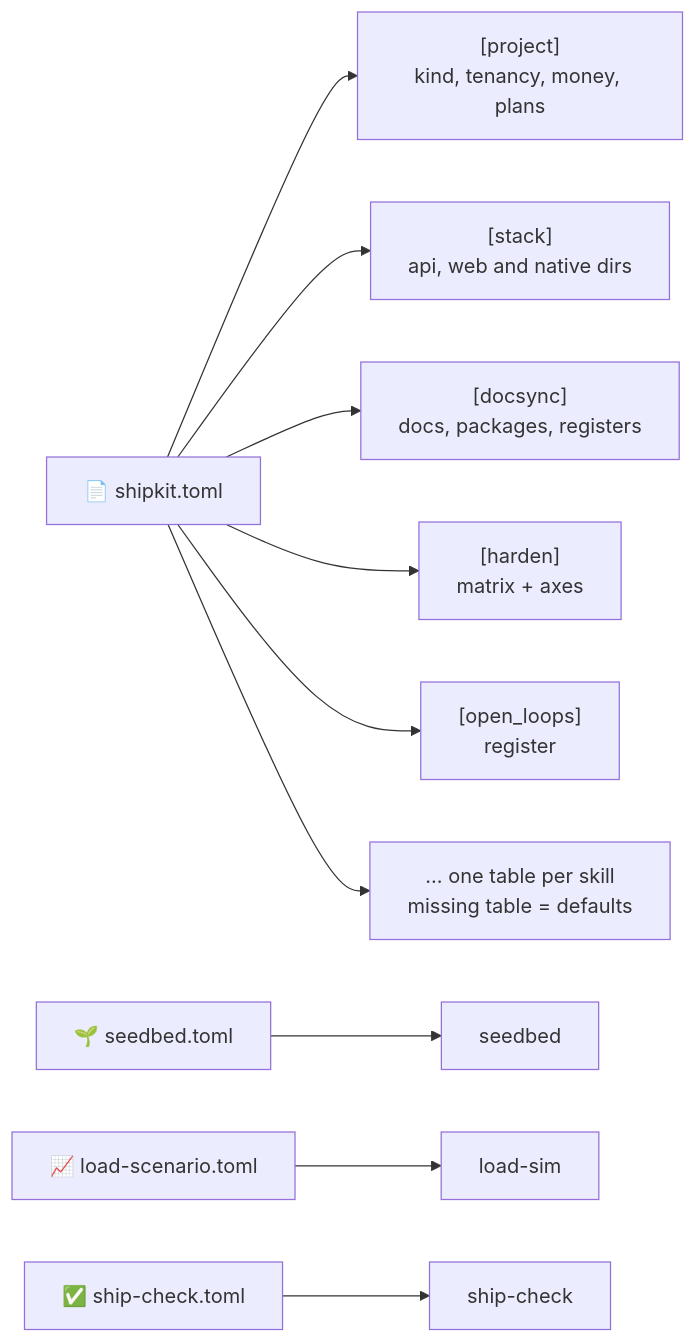
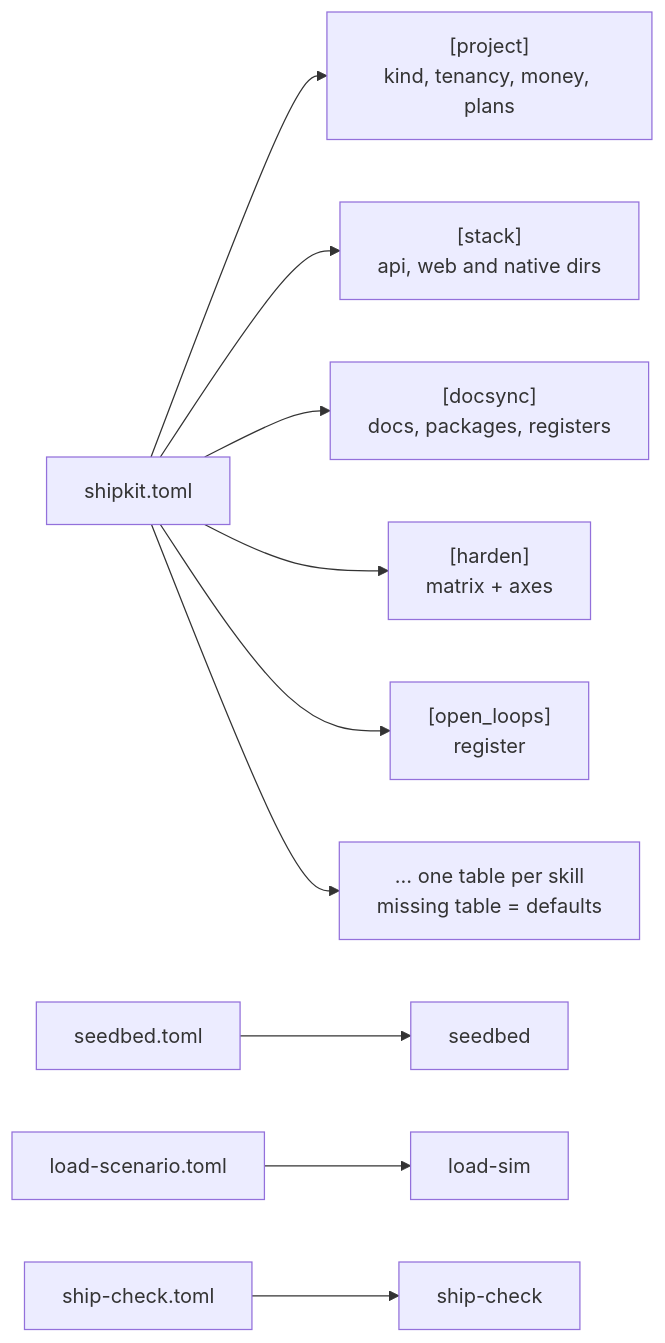
One commit to kshanxs/shipkit changed the seventh of 7 diagrams in README.md. Above: the diagram before and after it, drawn with Mermaid. The commit also changed other lines of this file, not shown here.

Commit message:
docs(readme): remove emoji so the docs check passes

````diff
--- a/README.md
+++ b/README.md
@@ -345,12 +345,12 @@
 ```mermaid
 flowchart LR
-    toml["📄 shipkit.toml"] --> proj["[project]<br/>kind, tenancy, money, plans"]
+    toml["shipkit.toml"] --> proj["[project]<br/>kind, tenancy, money, plans"]
     toml --> stack["[stack]<br/>api, web and native dirs"]
     toml --> docsync["[docsync]<br/>docs, packages, registers"]
     toml --> hardent["[harden]<br/>matrix + axes"]
     toml --> loopst["[open_loops]<br/>register"]
     toml --> more["… one table per skill<br/>missing table = defaults"]
-    seedt["🌱 seedbed.toml"] --> seedbed["seedbed"]
-    loadt["📈 load-scenario.toml"] --> loadsim["load-sim"]
-    shipt["✅ ship-check.toml"] --> shipc["ship-check"]
+    seedt["seedbed.toml"] --> seedbed["seedbed"]
+    loadt["load-scenario.toml"] --> loadsim["load-sim"]
+    shipt["ship-check.toml"] --> shipc["ship-check"]
 ```
````
